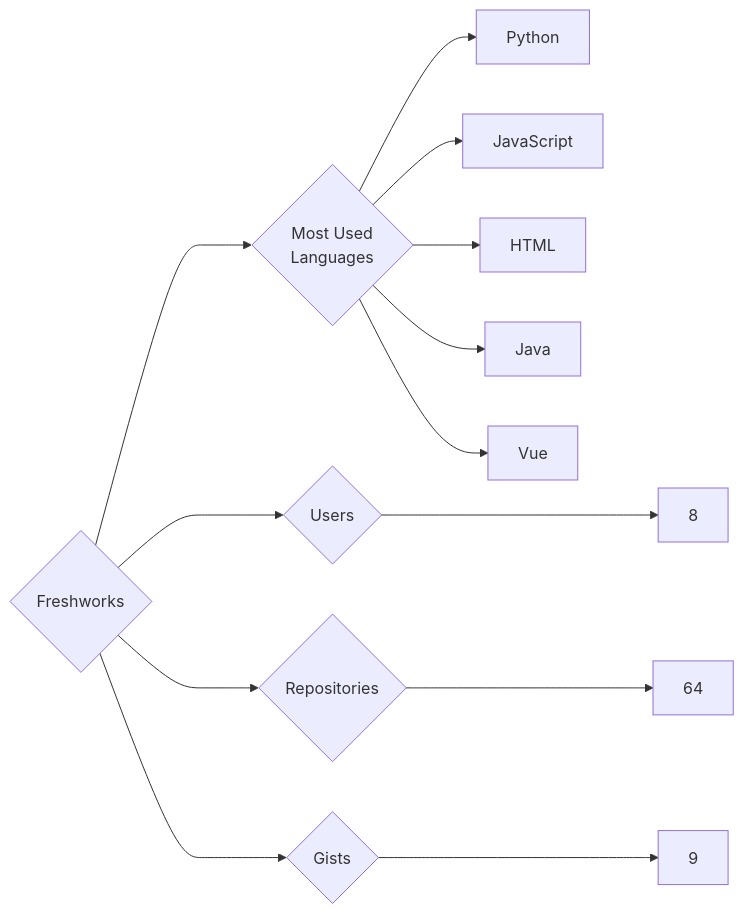
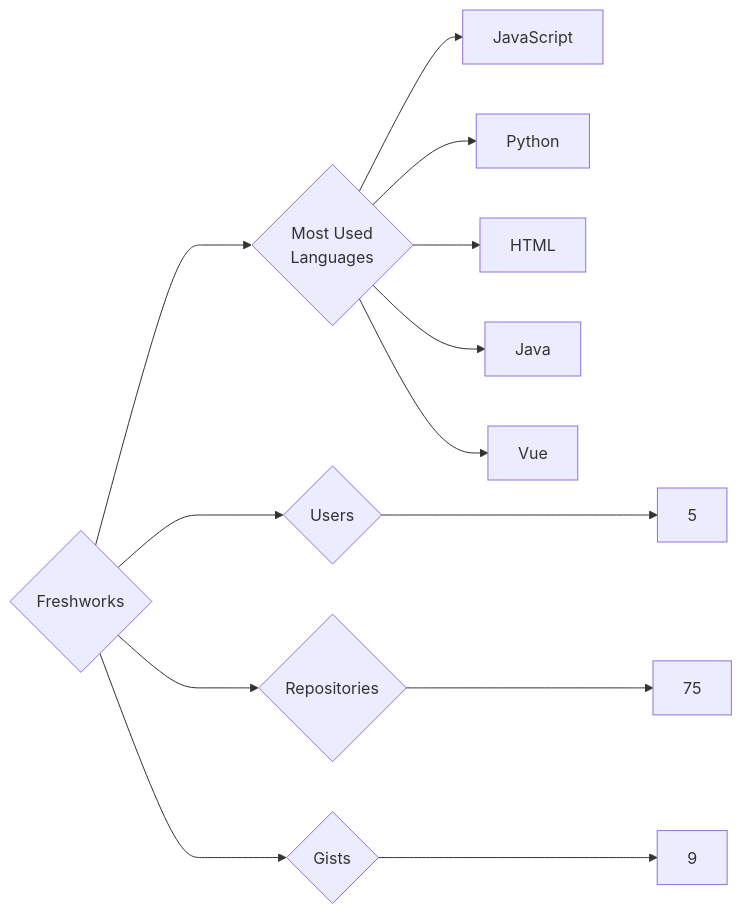
One commit to trickest/insiders changed the diagram in targets/Freshworks/README.md. Above: the diagram before and after it, drawn with Mermaid. The commit also changed 1238 other files, not shown here.

````diff
--- a/targets/Freshworks/README.md
+++ b/targets/Freshworks/README.md
@@ -3,13 +3,13 @@
 ```mermaid
 graph LR
 COMPANY_NAME{Freshworks}
-COMPANY_NAME ---> U{Users} ---> UN[8]
-COMPANY_NAME ---> R{Repositories} ---> RN[64]
+COMPANY_NAME ---> U{Users} ---> UN[5]
+COMPANY_NAME ---> R{Repositories} ---> RN[75]
 COMPANY_NAME ---> G{Gists} ---> GN[9]
 COMPANY_NAME ---> ML{Most Used<br>Languages}
+ML --> JavaScript[JavaScript]
 ML --> Python[Python]
-ML --> JavaScript[JavaScript]
 ML --> HTML[HTML]
 ML --> Java[Java]
 ML --> Vue[Vue]
 ```
````
